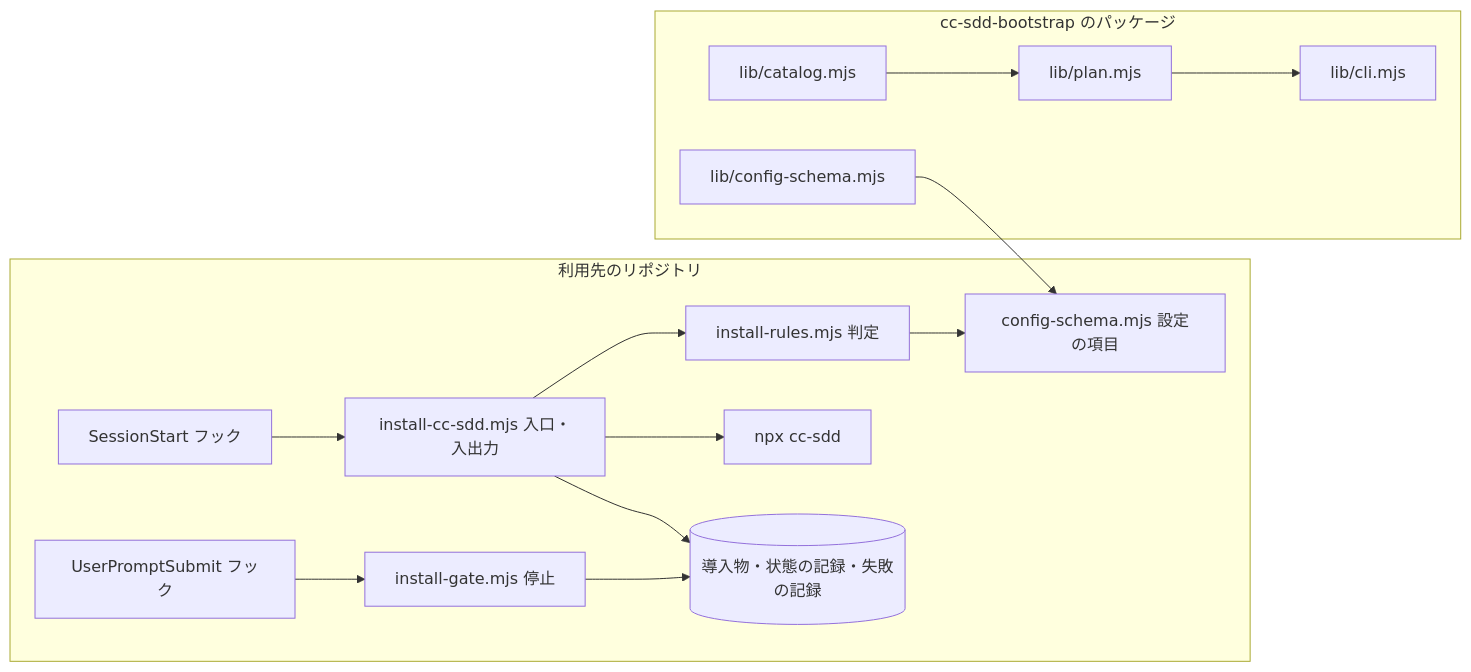
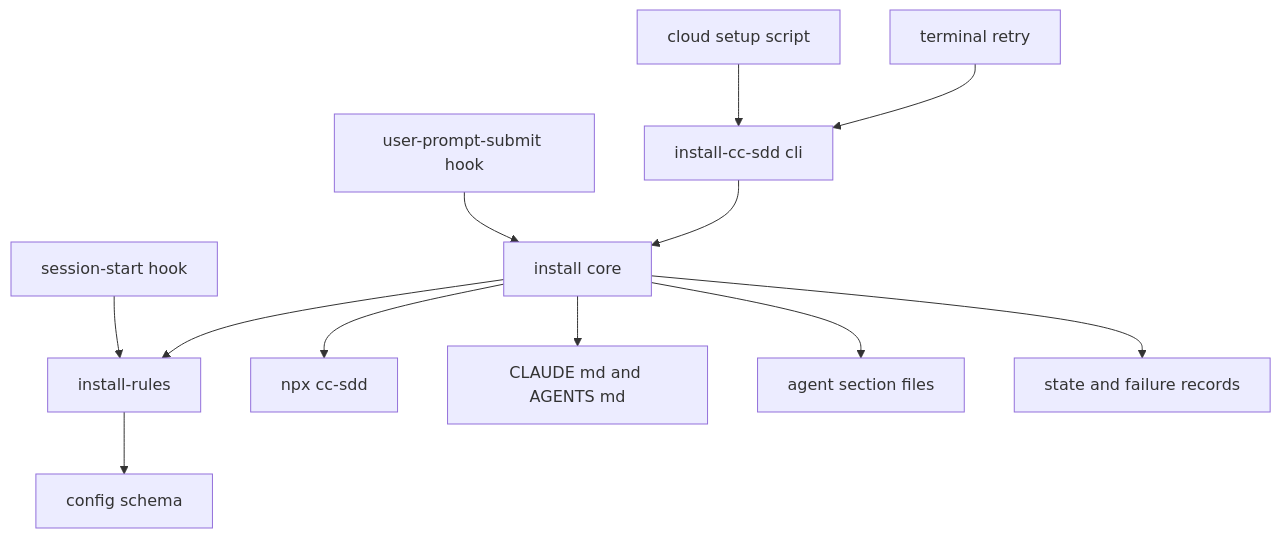
The first of 3 diagrams in .kiro/specs/session-install/design.md (nekono-dev/cc-sdd-bootstrap), drawn with Mermaid before and after one commit. The commit also changed other lines of this file and 2 other files, not shown here.

Commit message:
session-install: 単純化後の要件に合わせて設計を書き直す

````diff
--- a/.kiro/specs/session-install/design.md
+++ b/.kiro/specs/session-install/design.md
@@ -64,17 +58,14 @@
 ```mermaid
-graph LR
-  subgraph 利用先のリポジトリ
-    SS[SessionStart フック] --> Entry[install-cc-sdd.mjs 入口・入出力]
-    Entry --> Rules[install-rules.mjs 判定]
-    Rules --> Schema[config-schema.mjs 設定の項目]
-    Entry --> Npx[npx cc-sdd]
-    Entry --> Files[(導入物・状態の記録・失敗の記録)]
-    UPS[UserPromptSubmit フック] --> Gate[install-gate.mjs 停止]
-    Gate --> Files
-  end
-  subgraph cc-sdd-bootstrap のパッケージ
-    LibSchema[lib/config-schema.mjs] --> Schema
-    Catalog[lib/catalog.mjs] --> Plan[lib/plan.mjs]
-    Plan --> Cli[lib/cli.mjs]
-  end
+graph TB
+    SetupScript[cloud setup script] --> Cli[install-cc-sdd cli]
+    Terminal[terminal retry] --> Cli
+    PromptHook[user-prompt-submit hook] --> Core[install core]
+    StartHook[session-start hook] --> Rules[install-rules]
+    Cli --> Core
+    Core --> Rules
+    Rules --> Schema[config schema]
+    Core --> Npx[npx cc-sdd]
+    Core --> Docs[CLAUDE md and AGENTS md]
+    Core --> Section[agent section files]
+    Core --> Records[state and failure records]
 ```
````
